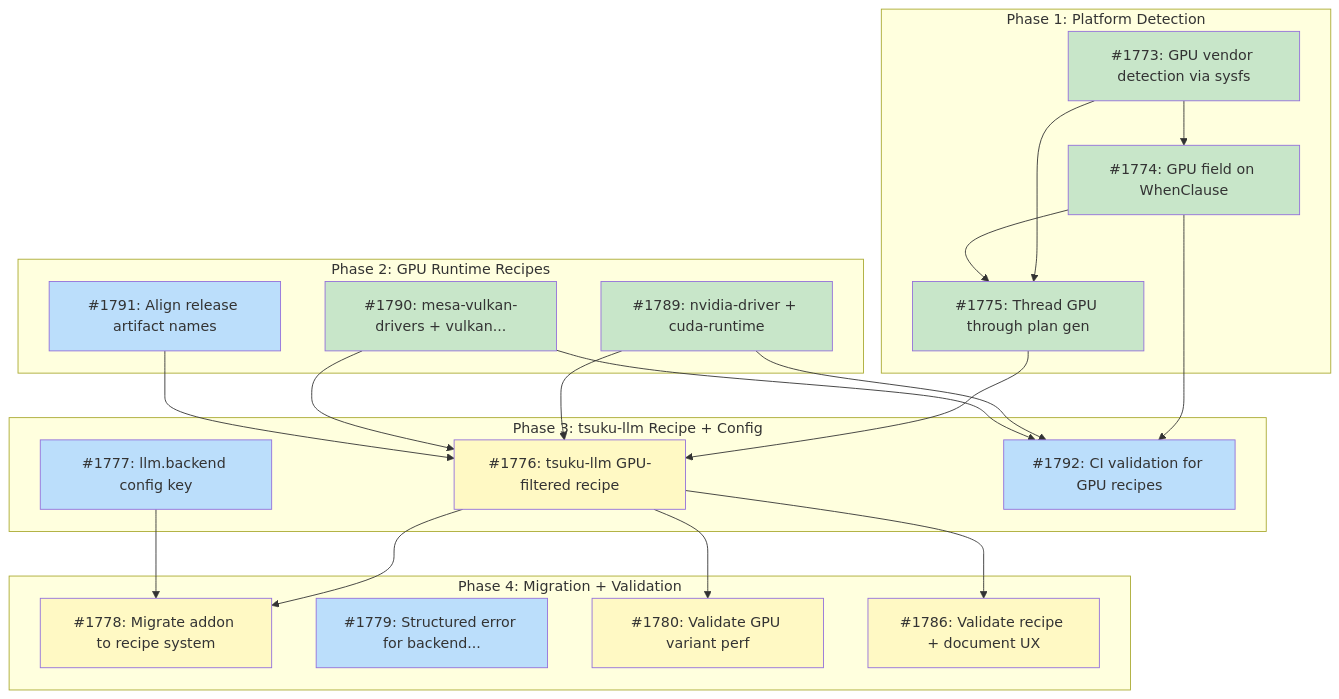
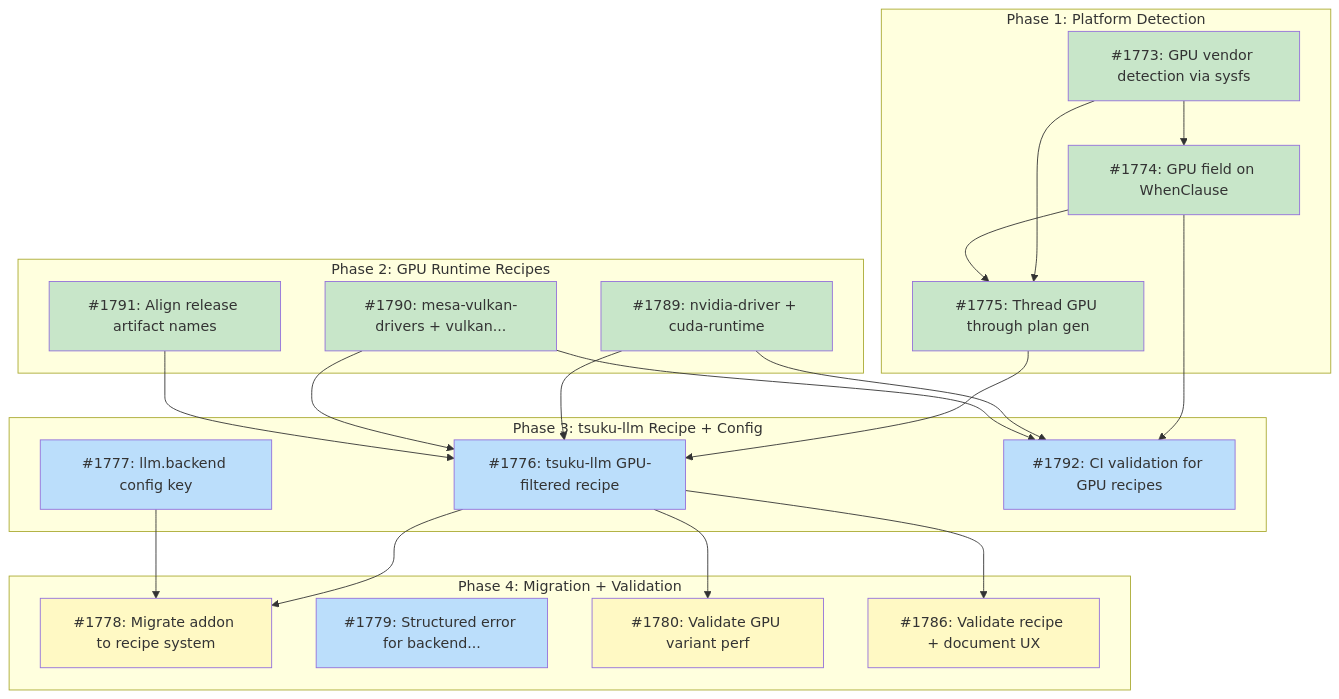
Before and after one commit to tsukumogami/tsuku: the diagram in docs/designs/DESIGN-gpu-backend-selection.md, drawn with Mermaid. The commit also changed other lines of this file and 5 other files, not shown here.

````diff
--- a/docs/designs/DESIGN-gpu-backend-selection.md
+++ b/docs/designs/DESIGN-gpu-backend-selection.md
@@ -72,52 +72,52 @@
 ```mermaid
 graph TD
     subgraph Phase1["Phase 1: Platform Detection"]
         I1773["#1773: GPU vendor detection via sysfs"]
         I1774["#1774: GPU field on WhenClause"]
         I1775["#1775: Thread GPU through plan gen"]
     end
 
     subgraph Phase2["Phase 2: GPU Runtime Recipes"]
         I1789["#1789: nvidia-driver + cuda-runtime"]
         I1790["#1790: mesa-vulkan-drivers + vulkan..."]
         I1791["#1791: Align release artifact names"]
     end
 
     subgraph Phase3["Phase 3: tsuku-llm Recipe + Config"]
         I1776["#1776: tsuku-llm GPU-filtered recipe"]
         I1777["#1777: llm.backend config key"]
         I1792["#1792: CI validation for GPU recipes"]
     end
 
     subgraph Phase4["Phase 4: Migration + Validation"]
         I1778["#1778: Migrate addon to recipe system"]
         I1779["#1779: Structured error for backend..."]
         I1780["#1780: Validate GPU variant perf"]
         I1786["#1786: Validate recipe + document UX"]
     end
 
     I1773 --> I1774
     I1773 --> I1775
     I1774 --> I1775
     I1774 --> I1792
     I1789 --> I1792
     I1790 --> I1792
     I1775 --> I1776
     I1789 --> I1776
     I1790 --> I1776
     I1791 --> I1776
     I1776 --> I1778
     I1777 --> I1778
     I1776 --> I1780
     I1776 --> I1786
 
     classDef done fill:#c8e6c9
     classDef ready fill:#bbdefb
     classDef blocked fill:#fff9c4
     classDef needsDesign fill:#e1bee7
     classDef tracksDesign fill:#FFE0B2,stroke:#F57C00,color:#000
 
-    class I1773,I1774,I1775,I1789,I1790 done
-    class I1777,I1779,I1791,I1792 ready
-    class I1776,I1778,I1780,I1786 blocked
+    class I1773,I1774,I1775,I1789,I1790,I1791 done
+    class I1776,I1777,I1779,I1792 ready
+    class I1778,I1780,I1786 blocked
 ```
````
